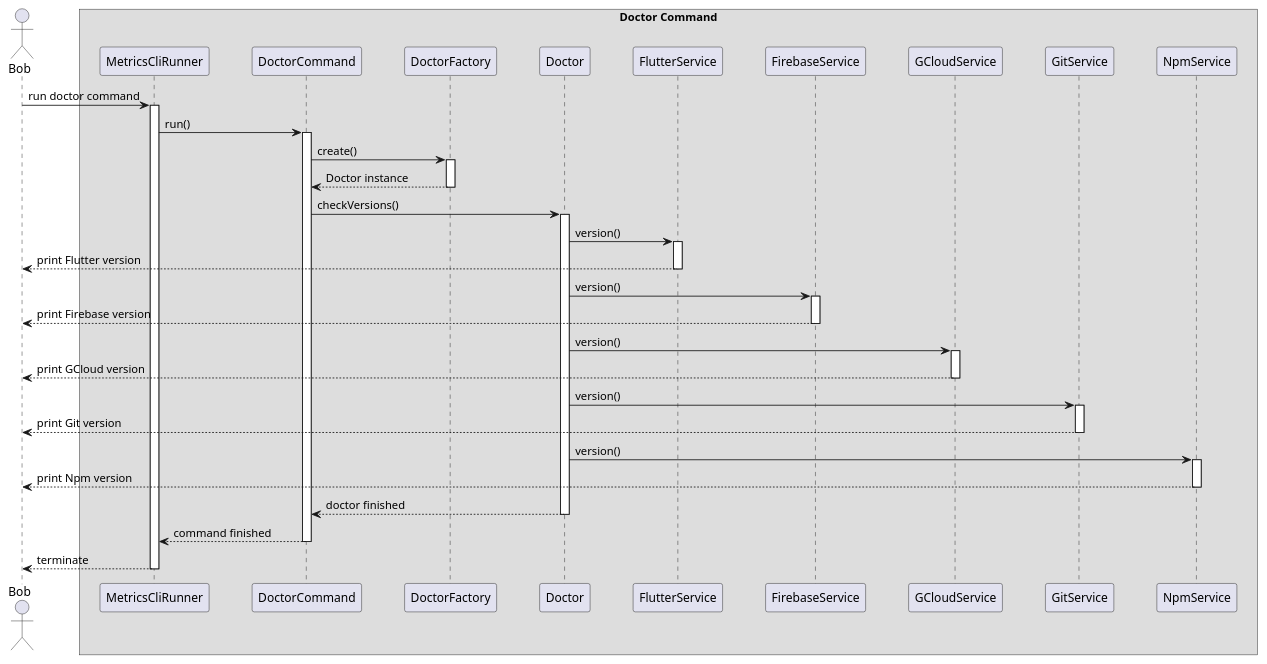
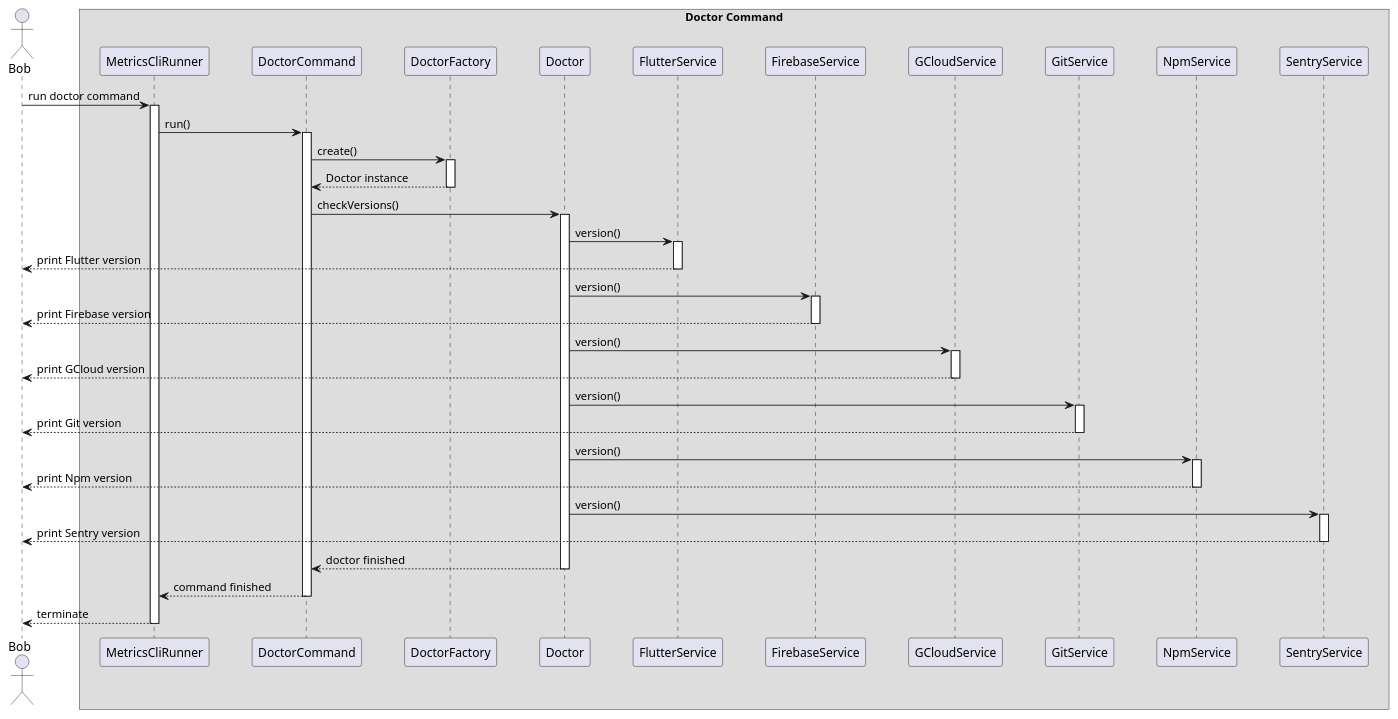
One commit to Flank/flank-dashboard changed the diagram in metrics/cli/docs/diagrams/doctor_command_sequence_diagram.puml. Above: the diagram before and after it, drawn with PlantUML. The commit also changed 5 other files, not shown here.

```diff
--- a/metrics/cli/docs/diagrams/doctor_command_sequence_diagram.puml
+++ b/metrics/cli/docs/diagrams/doctor_command_sequence_diagram.puml
@@ -1,54 +1,52 @@
 @startuml doctor_command_sequence_diagram
 
 skinparam ParticipantPadding 20
 skinparam BoxPadding 10
 
 actor Bob
 
 box Doctor Command
 participant MetricsCliRunner
 participant DoctorCommand
 participant DoctorFactory
 participant Doctor
 
 participant FlutterService
 participant FirebaseService
 participant GCloudService
 participant GitService
 participant NpmService
+participant SentryService
 
 end box
-
-
 
 Bob -> MetricsCliRunner ++ : run doctor command
 MetricsCliRunner -> DoctorCommand ++ : run()
 DoctorCommand -> DoctorFactory ++ : create()
 return Doctor instance
 DoctorCommand -> Doctor ++ : checkVersions()
 
 Doctor -> FlutterService ++ : version()
 FlutterService --> Bob -- : print Flutter version
-FlutterService --
 
 Doctor -> FirebaseService ++ : version()
 FirebaseService --> Bob -- : print Firebase version
-FirebaseService --
 
 Doctor -> GCloudService ++ : version()
 GCloudService --> Bob -- : print GCloud version
-GCloudService --
 
 Doctor -> GitService ++ : version()
 GitService --> Bob -- : print Git version
-GitService --
 
 Doctor -> NpmService ++ : version()
 NpmService --> Bob -- : print Npm version
+
+Doctor -> SentryService ++ : version()
+SentryService --> Bob -- : print Sentry version
 
 Doctor --> DoctorCommand -- : doctor finished
 DoctorCommand --> MetricsCliRunner -- : command finished
 
 MetricsCliRunner --> Bob -- : terminate
 
 @enduml
```
